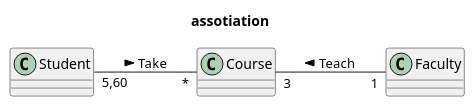
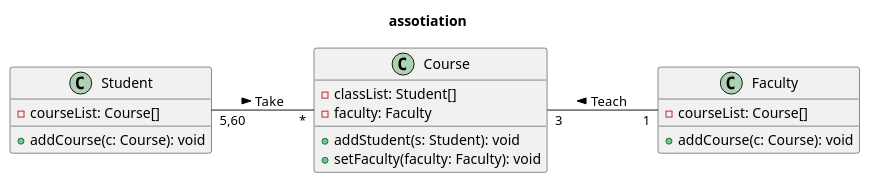
Before and after one commit to emaphis/Introduction_to_Java_Programming: the diagram in Introduction_to_Java_Programming/src/main/java/chapter10/example/examples/Figure10_04.puml, drawn with PlantUML. The commit also changed 17 other files, not shown here.

```diff
--- a/Introduction_to_Java_Programming/src/main/java/chapter10/example/examples/Figure10_04.puml
+++ b/Introduction_to_Java_Programming/src/main/java/chapter10/example/examples/Figure10_04.puml
@@ -1,12 +1,25 @@
 @startuml
 title assotiation
 left to right direction
 together {
-    class Student
-    class Course
-    class Faculty
+    class Student {
+        -courseList: Course[]
+        + addCourse(c: Course): void
+    }
+    
+    class Course { 
+        -classList: Student[]
+        -faculty: Faculty
+        +addStudent(s: Student): void
+        +setFaculty(faculty: Faculty): void
+    }
+    
+    class Faculty {
+        -courseList: Course[]
+        +addCourse(c: Course): void
+    }
 }
 
 Student "5,60" -- "*" Course : Take >
 Course "3" -- "1" Faculty : Teach <
 @enduml
```
